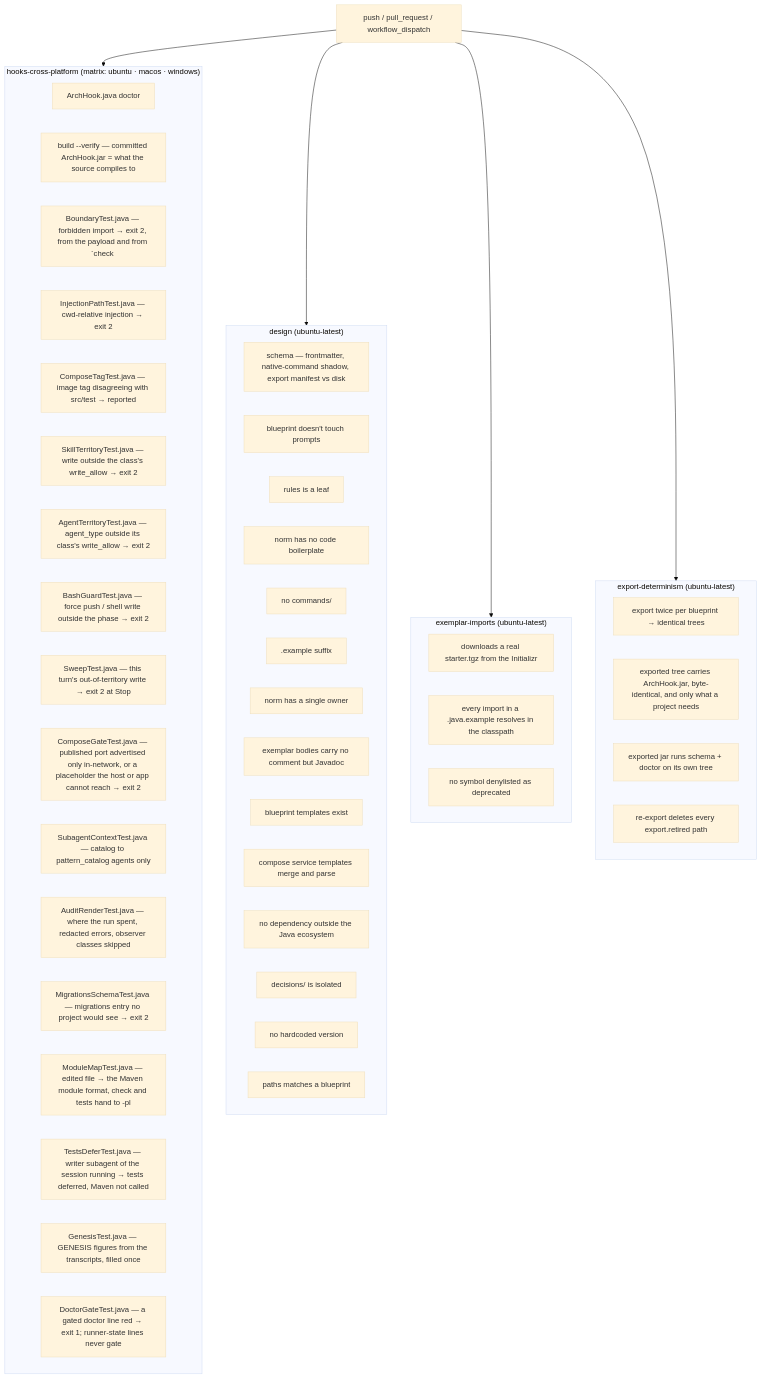
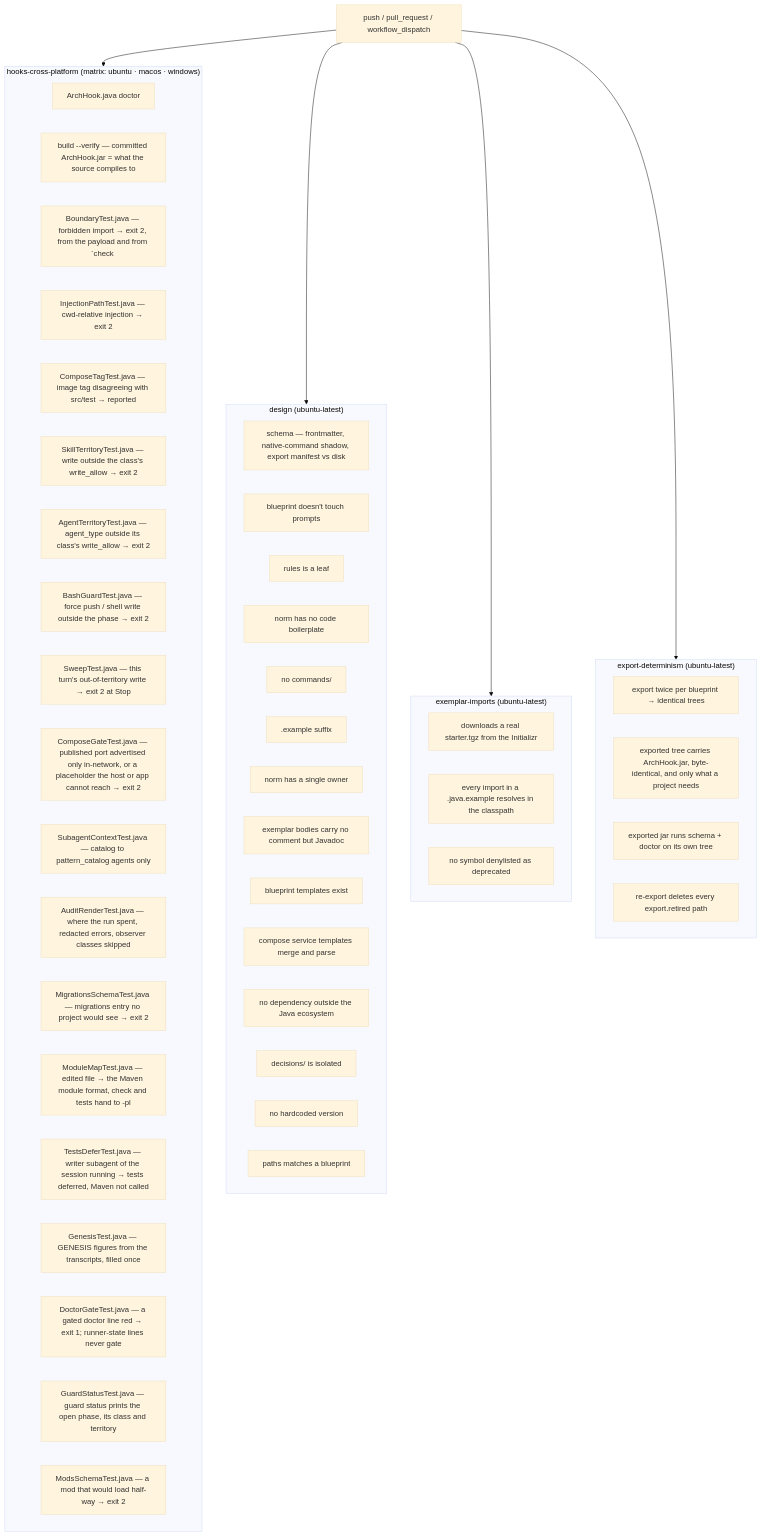
One commit to ice-lfernandes/claude-spring-architect changed the diagram in docs/en/07-ci-validate.md. Above: the diagram before and after it, drawn with Mermaid (base theme). The commit also changed other lines of this file and 48 other files, not shown here.

````diff
--- a/docs/en/07-ci-validate.md
+++ b/docs/en/07-ci-validate.md
@@ -17,58 +17,60 @@
 ```mermaid
 flowchart TD
     T[push / pull_request / workflow_dispatch] --> J1
     T --> J2
     T --> J3
     T --> J4
 
     subgraph J1["hooks-cross-platform (matrix: ubuntu · macos · windows)"]
         H1[ArchHook.java doctor]
         H0[build --verify — committed ArchHook.jar = what the source compiles to]
         H2[BoundaryTest.java — forbidden import → exit 2, from the payload and from `check <path>`]
         H3[InjectionPathTest.java — cwd-relative injection → exit 2]
         H4[ComposeTagTest.java — image tag disagreeing with src/test → reported]
         H5[SkillTerritoryTest.java — write outside the class's write_allow → exit 2]
         H6[AgentTerritoryTest.java — agent_type outside its class's write_allow → exit 2]
         H7[BashGuardTest.java — force push / shell write outside the phase → exit 2]
         H8[SweepTest.java — this turn's out-of-territory write → exit 2 at Stop]
         H9[ComposeGateTest.java — published port advertised only in-network, or a placeholder the host or app cannot reach → exit 2]
         H10[SubagentContextTest.java — catalog to pattern_catalog agents only]
         H11[AuditRenderTest.java — where the run spent, redacted errors, observer classes skipped]
         H12[MigrationsSchemaTest.java — migrations entry no project would see → exit 2]
         H13[ModuleMapTest.java — edited file → the Maven module format, check and tests hand to -pl]
         H14[TestsDeferTest.java — writer subagent of the session running → tests deferred, Maven not called]
         H15[GenesisTest.java — GENESIS figures from the transcripts, filled once]
         H16[DoctorGateTest.java — a gated doctor line red → exit 1; runner-state lines never gate]
+        H17[GuardStatusTest.java — guard status prints the open phase, its class and territory]
+        H18[ModsSchemaTest.java — a mod that would load half-way → exit 2]
     end
 
     subgraph J2["design (ubuntu-latest)"]
         D1[schema — frontmatter, native-command shadow, export manifest vs disk]
         D4[blueprint doesn't touch prompts]
         D5[rules is a leaf]
         D6[norm has no code boilerplate]
         D7[no commands/]
         D8[.example suffix]
         D10[XmlTemplatesTest.java — every *.xml.example parses]
         D16[exemplar bodies carry no comment but Javadoc]
         D9[blueprint templates exist]
         D15[compose service templates merge and parse]
         D10[norm has a single owner]
         D11[no dependency outside the Java ecosystem]
         D12[decisions/ is isolated]
         D13[no hardcoded version]
         D14[paths matches a blueprint]
     end
 
     subgraph J3["exemplar-imports (ubuntu-latest)"]
         E1[downloads a real starter.tgz from the Initializr]
         E2[every import in a .java.example resolves in the classpath]
         E3[no symbol denylisted as deprecated]
     end
 
     subgraph J4["export-determinism (ubuntu-latest)"]
         X1[export twice per blueprint → identical trees]
         X2[exported tree carries ArchHook.jar, byte-identical, and only what a project needs]
         X3[exported jar runs schema + doctor on its own tree]
         X4[re-export deletes every export.retired path]
     end
 ```
````
